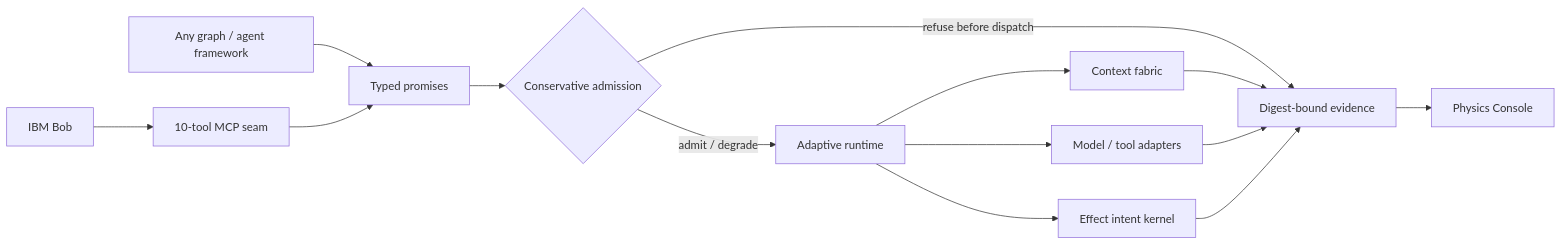
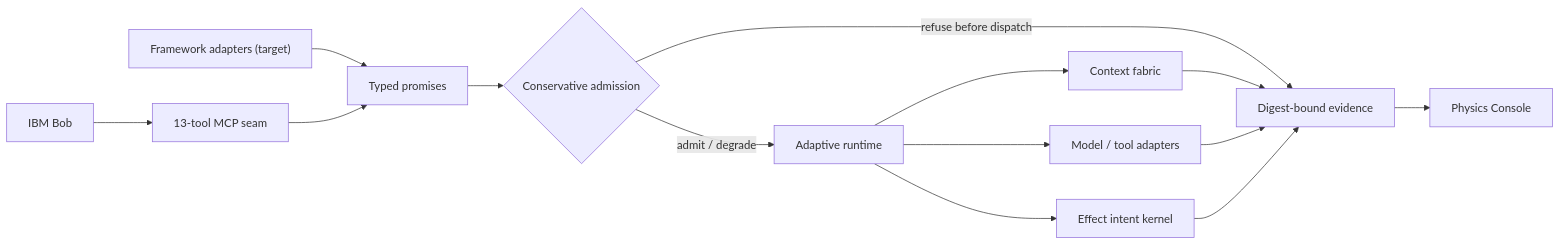
One commit to marcpoliquin5/finite-agent-physics changed the diagram in README.md. Above: the diagram before and after it, drawn with Mermaid. The commit also changed other lines of this file and 48 other files, not shown here.

````diff
--- a/README.md
+++ b/README.md
@@ -60,16 +63,16 @@
 ```mermaid
 flowchart LR
-    Bob["IBM Bob"] --> MCP["10-tool MCP seam"]
-    Frameworks["Any graph / agent framework"] --> Contracts["Typed promises"]
+    Bob["IBM Bob"] --> MCP["13-tool MCP seam"]
+    Frameworks["Framework adapters (target)"] --> Contracts["Typed promises"]
     MCP --> Contracts
     Contracts --> Admit{"Conservative admission"}
     Admit -->|"refuse before dispatch"| Evidence["Digest-bound evidence"]
     Admit -->|"admit / degrade"| Runtime["Adaptive runtime"]
     Runtime --> Context["Context fabric"]
     Runtime --> Workers["Model / tool adapters"]
     Runtime --> Effects["Effect intent kernel"]
     Context --> Evidence
     Workers --> Evidence
     Effects --> Evidence
     Evidence --> Console["Physics Console"]
 ```
````
